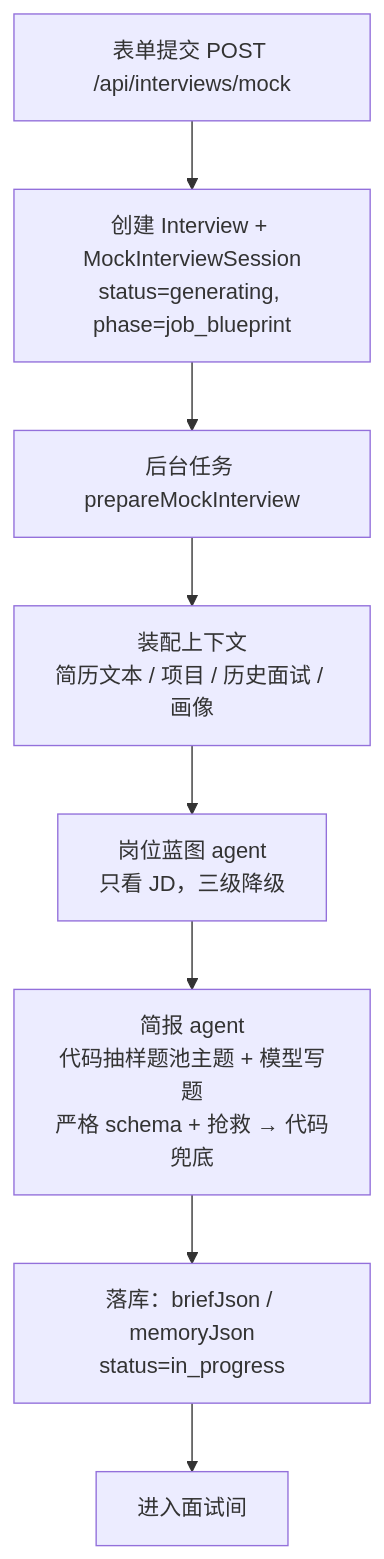
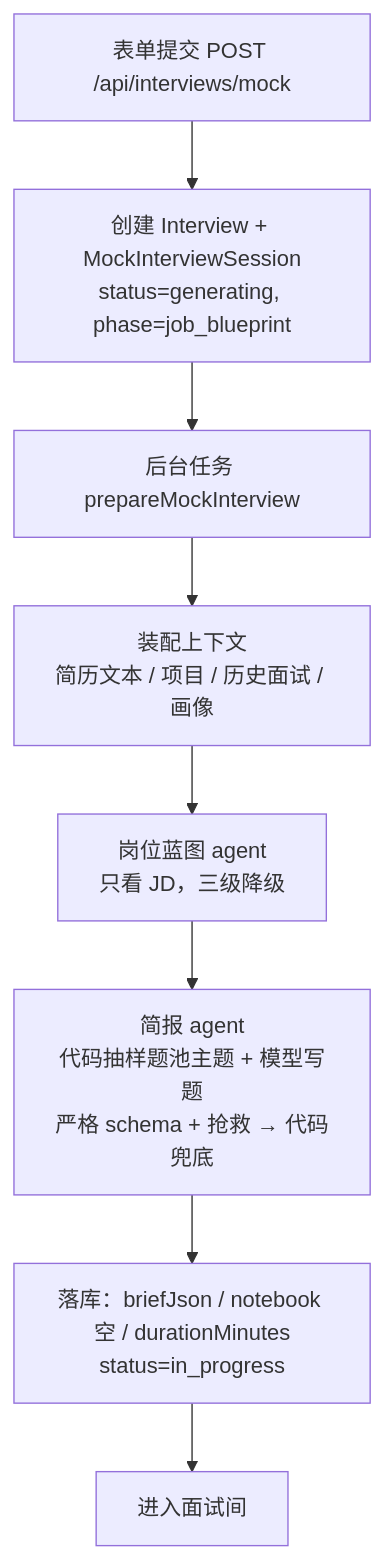
Before and after one commit to yuecao365/OfferCome: the diagram in docs/interview-flow-before.md, drawn with Mermaid. The commit also changed other lines of this file and 5 other files, not shown here.

````diff
--- a/docs/interview-flow-before.md
+++ b/docs/interview-flow-before.md
@@ -8,10 +8,10 @@
 ```mermaid
 flowchart TD
   F[表单提交 POST /api/interviews/mock] --> C[创建 Interview + MockInterviewSession<br/>status=generating, phase=job_blueprint]
   C --> BG[后台任务 prepareMockInterview]
   BG --> CTX[装配上下文<br/>简历文本 / 项目 / 历史面试 / 画像]
   CTX --> BP[岗位蓝图 agent<br/>只看 JD，三级降级]
   BP --> BRIEF[简报 agent<br/>代码抽样题池主题 + 模型写题<br/>严格 schema + 抢救 → 代码兜底]
-  BRIEF --> SAVE[落库：briefJson / memoryJson<br/>status=in_progress]
+  BRIEF --> SAVE[落库：briefJson / notebook 空 / durationMinutes<br/>status=in_progress]
   SAVE --> ROOM[进入面试间]
 ```
````
